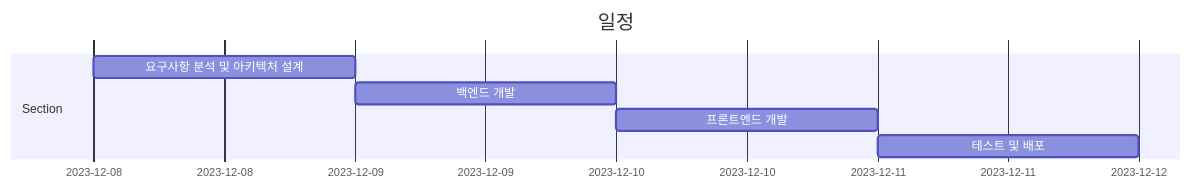
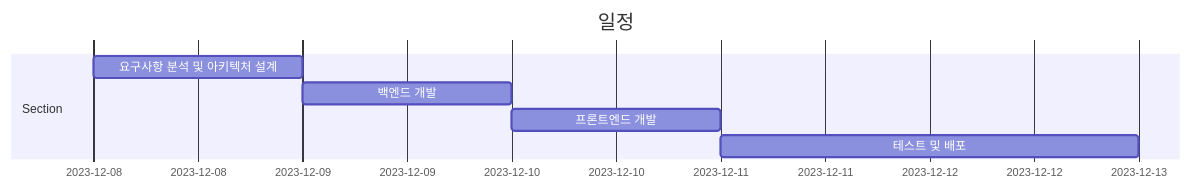
One commit to Daniel-kim-junior/subject changed the diagram in Readme.md. Above: the diagram before and after it, drawn with Mermaid.

````diff
--- a/Readme.md
+++ b/Readme.md
@@ -8,11 +8,11 @@
 ```mermaid
 gantt
     title 일정
     dateFormat  YYYY-MM-DD
     section Section
     요구사항 분석 및 아키텍처 설계         :a1, 2023-12-08, 1d
     백엔드 개발    :after a1  , 1d
     프론트엔드 개발    :a2, 2023-12-10  , 1d
-    테스트 및 배포 :after a2, 1d
+    테스트 및 배포 :after a2, 2d
     
 ```
````
